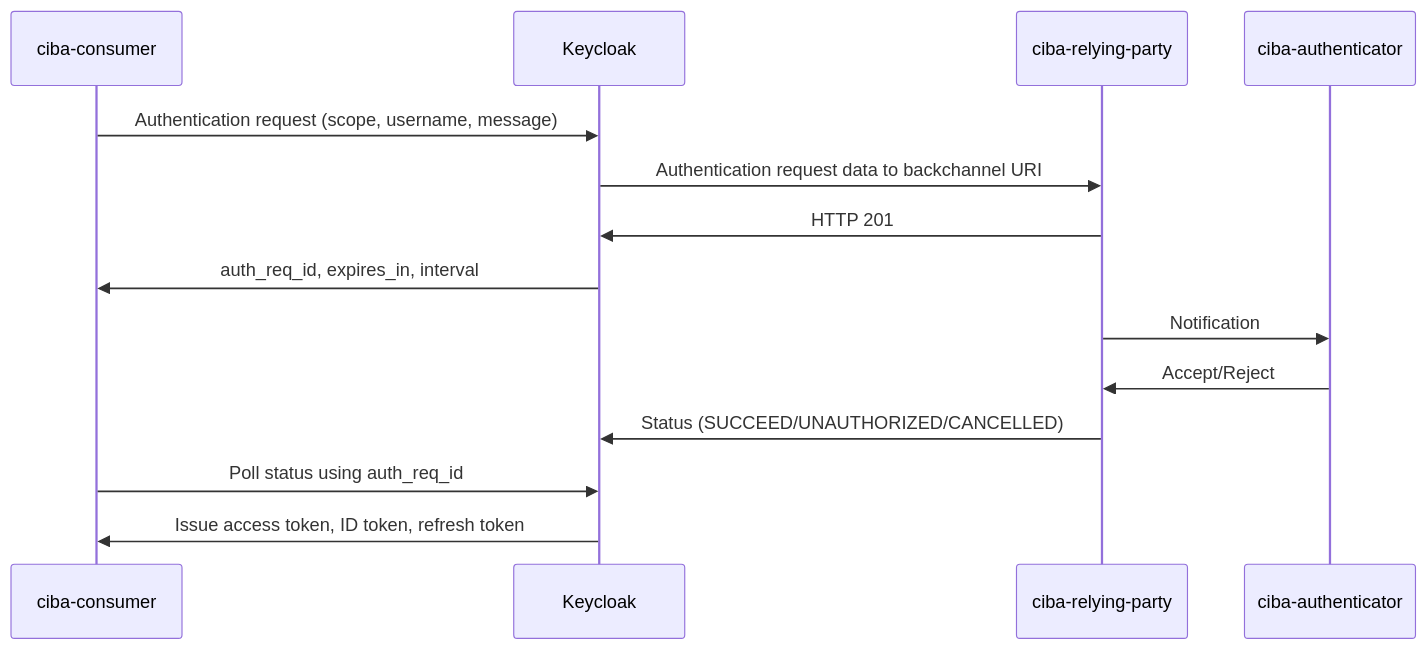
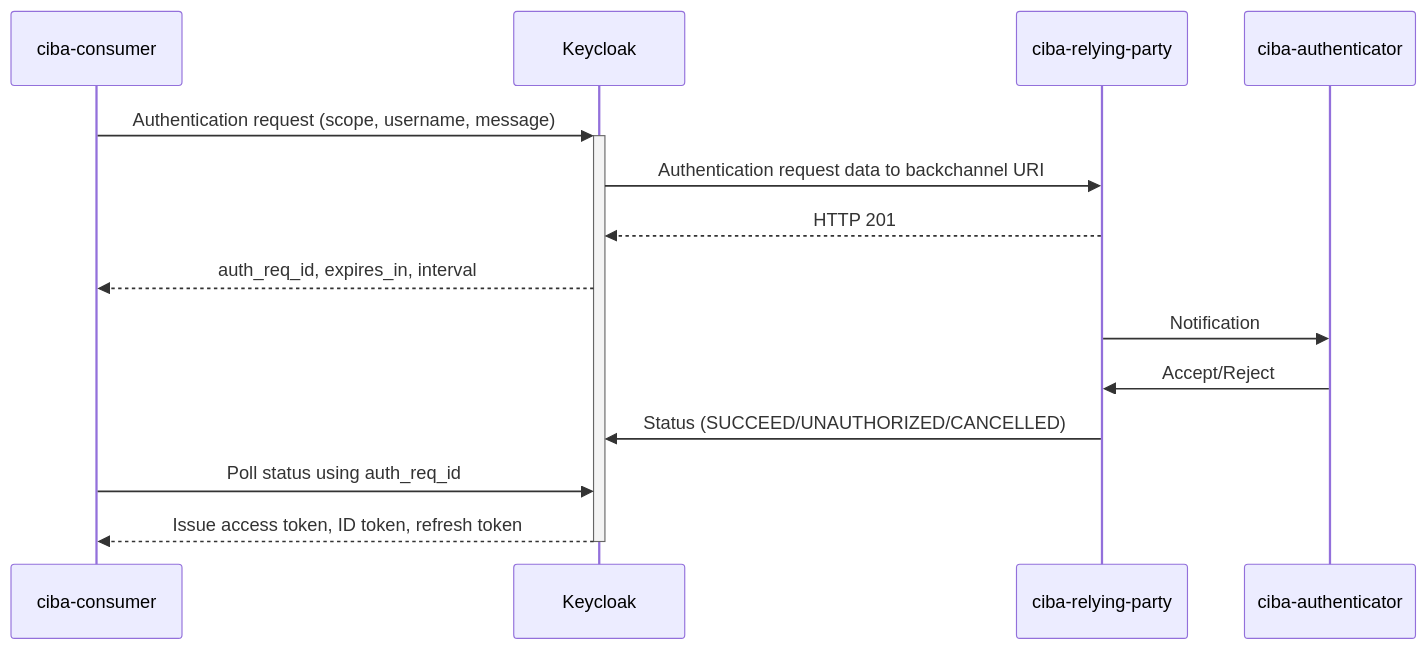
One commit to gim-/keycloak-ciba-demo changed the diagram in README.md. Above: the diagram before and after it, drawn with Mermaid.

Commit message:
Slight sequence diagram improvements

````diff
--- a/README.md
+++ b/README.md
@@ -5,12 +5,12 @@
 ```mermaid
 sequenceDiagram
-    ciba-consumer->>Keycloak: Authentication request (scope, username, message)
+    ciba-consumer->>+Keycloak: Authentication request (scope, username, message)
     Keycloak->>ciba-relying-party: Authentication request data to backchannel URI
-    ciba-relying-party->>Keycloak: HTTP 201
-    Keycloak->>ciba-consumer: auth_req_id, expires_in, interval
+    ciba-relying-party-->>Keycloak: HTTP 201
+    Keycloak-->>ciba-consumer: auth_req_id, expires_in, interval
     ciba-relying-party->>ciba-authenticator: Notification
     ciba-authenticator->>ciba-relying-party: Accept/Reject
     ciba-relying-party->>Keycloak: Status (SUCCEED/UNAUTHORIZED/CANCELLED)
     ciba-consumer->>Keycloak: Poll status using auth_req_id
-    Keycloak->>ciba-consumer: Issue access token, ID token, refresh token
+    Keycloak-->>-ciba-consumer: Issue access token, ID token, refresh token
 ```
````
